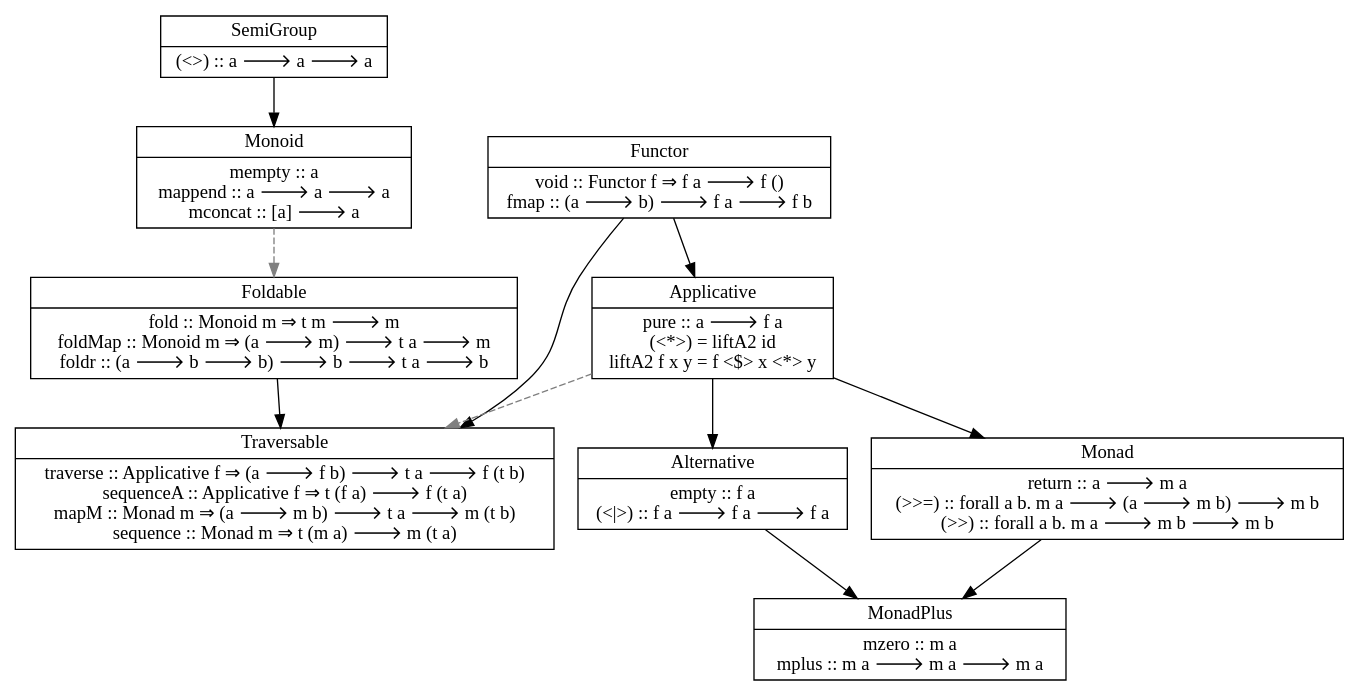
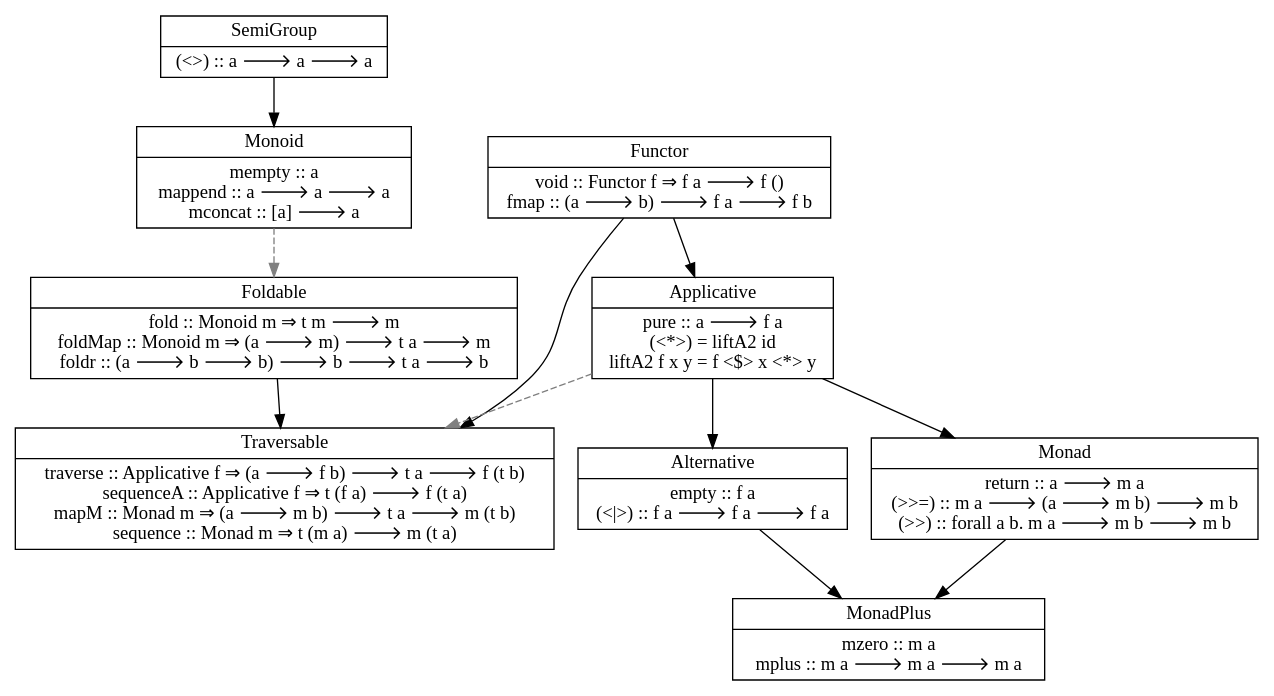
Before and after one commit to fuszenecker/HsDie: the diagram in HaskellTypeClasses.gv, drawn with Graphviz. The commit also changed 1 other file, not shown here.

Commit message:
Removed forall.

```diff
--- a/HaskellTypeClasses.gv
+++ b/HaskellTypeClasses.gv
@@ -1,59 +1,59 @@
 digraph TECU {
     graph [ fontname = "dubai" ]
     node  [ fontname = "dubai" shape = record ]
     edge  [ fontname = "dubai" ]
 
     SemiGroup [
         label = "{SemiGroup|(\<\>) :: a 🡒 a 🡒 a}"
     ]
 
     Monoid [
         label = "{Monoid|mempty :: a\nmappend :: a 🡒 a 🡒 a\nmconcat :: [a] 🡒 a}"
     ]
 
     Foldable [
         label = "{Foldable|fold :: Monoid m ⇒ t m 🡒 m\nfoldMap :: Monoid m ⇒ (a 🡒 m) 🡒 t a 🡒 m\nfoldr :: (a 🡒 b 🡒 b) 🡒 b 🡒 t a 🡒 b}"
     ]
 
     Traversable [
         label = "{Traversable|traverse :: Applicative f ⇒ (a 🡒 f b) 🡒 t a 🡒 f (t b)\nsequenceA :: Applicative f ⇒ t (f a) 🡒 f (t a)\nmapM :: Monad m ⇒ (a 🡒 m b) 🡒 t a 🡒 m (t b)\nsequence :: Monad m ⇒ t (m a) 🡒 m (t a)}"
     ]
 
     Functor [
         label = "{Functor|void :: Functor f ⇒ f a 🡒 f ()\nfmap :: (a 🡒 b) 🡒 f a 🡒 f b}"
     ]
 
     Applicative [
         label = "{Applicative|pure :: a 🡒 f a\n(\<*\>) = liftA2 id\nliftA2 f x y = f \<$\> x \<*\> y}"
     ]
 
     Alternative [
         label = "{Alternative|empty :: f a\n(\<\|\>) :: f a 🡒 f a 🡒 f a}"
     ]
 
     Monad [
-        label = "{Monad|return :: a 🡒 m a\n(\>\>=) :: forall a b. m a 🡒 (a 🡒 m b) 🡒 m b\n(\>\>) :: forall a b. m a 🡒 m b 🡒 m b}"
+        label = "{Monad|return :: a 🡒 m a\n(\>\>=) :: m a 🡒 (a 🡒 m b) 🡒 m b\n(\>\>) :: forall a b. m a 🡒 m b 🡒 m b}"
     ]
 
     MonadPlus [
         label = "{MonadPlus|mzero :: m a\nmplus :: m a 🡒 m a 🡒 m a}"
     ]
 
     SemiGroup -> Monoid
 
     Foldable -> Traversable
 
     Functor -> Traversable
 
     Functor -> Applicative
     Applicative -> Monad
     Applicative -> Alternative
 
     Monad -> MonadPlus
     Alternative -> MonadPlus
 
     edge [ style = dashed, color = grey ]
 
     Monoid -> Foldable
     Applicative -> Traversable
 }
```
